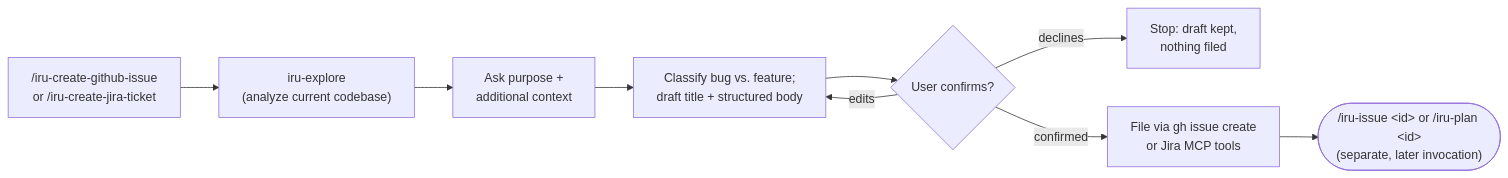
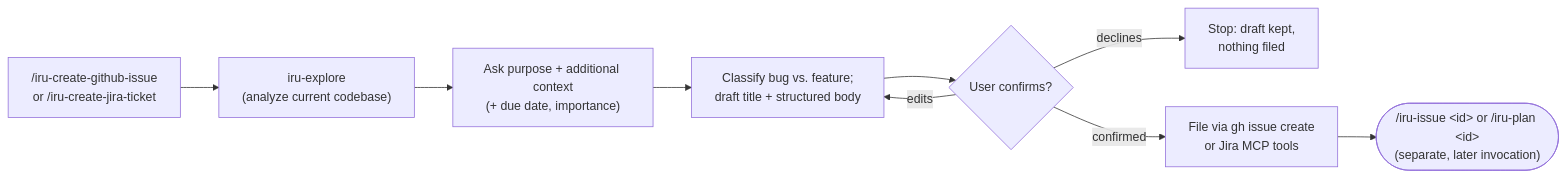
The second of 3 diagrams in docs/modules/ROOT/pages/guides/common-workflows.adoc (albertoirurueta/ai-catalog), drawn with Mermaid before and after one commit. The commit also changed other lines of this file and 20 other files, not shown here.

```diff
--- a/docs/modules/ROOT/pages/guides/common-workflows.adoc
+++ b/docs/modules/ROOT/pages/guides/common-workflows.adoc
@@ -132,12 +134,12 @@
 [mermaid]
 ....
 flowchart LR
     A["/iru-create-github-issue\nor /iru-create-jira-ticket"] --> B["iru-explore\n(analyze current codebase)"]
-    B --> C["Ask purpose +\nadditional context"]
+    B --> C["Ask purpose + additional context\n(+ due date, importance)"]
     C --> D["Classify bug vs. feature;\ndraft title + structured body"]
     D --> E{"User confirms?"}
     E -- edits --> D
     E -- declines --> F["Stop: draft kept,\nnothing filed"]
     E -- confirmed --> G["File via gh issue create\nor Jira MCP tools"]
     G --> H(["/iru-issue &lt;id&gt; or /iru-plan &lt;id&gt;\n(separate, later invocation)"])
 ....
```
